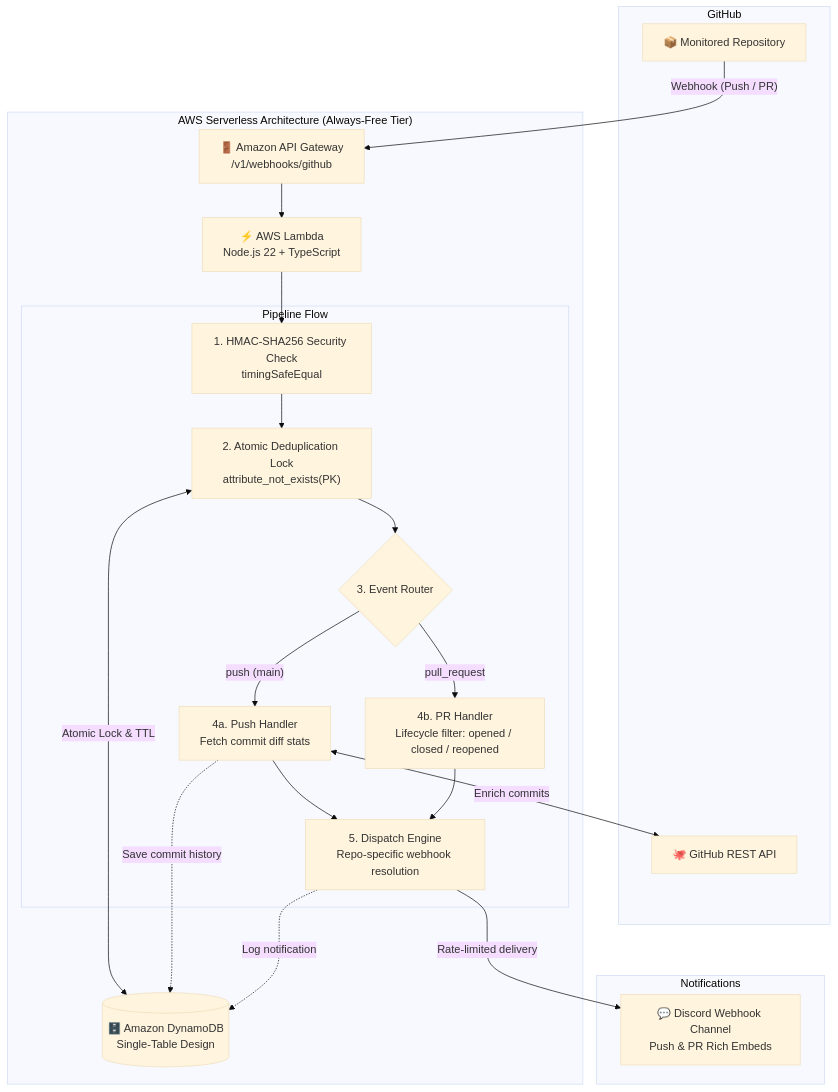
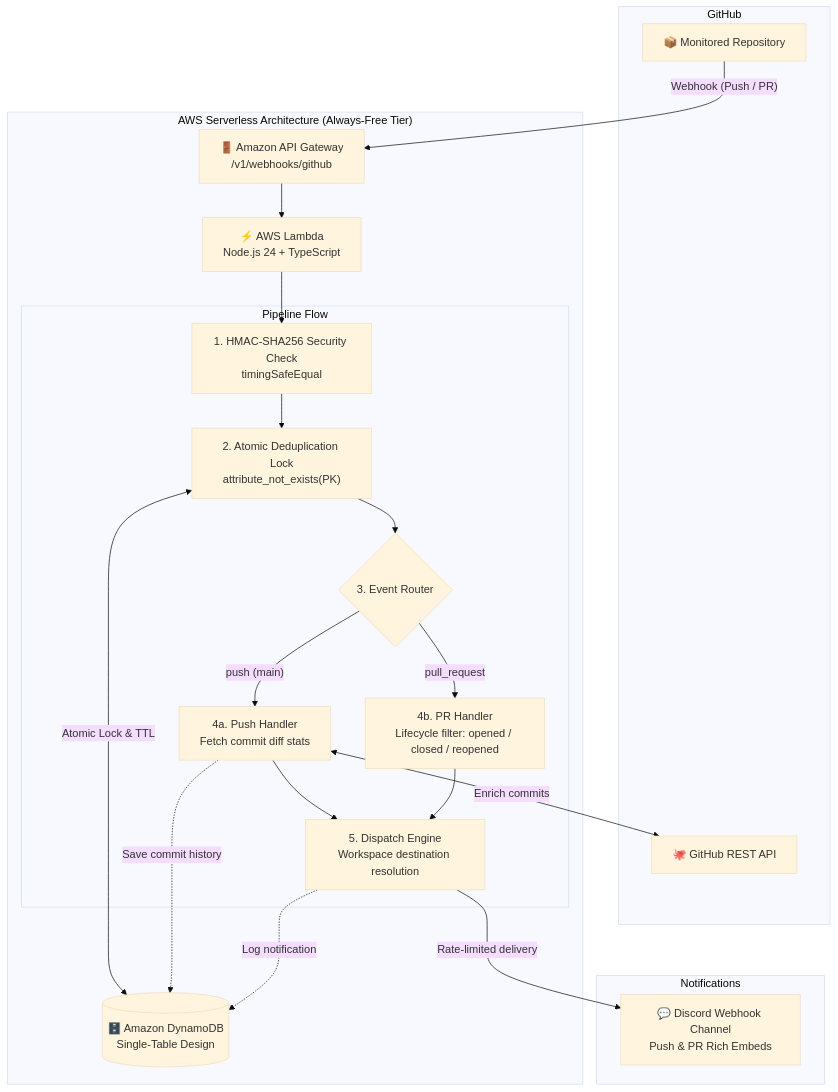
The diagram in README.md (BuggyPratiK/Syncro), drawn with Mermaid (base theme) before and after one commit. The commit also changed other lines of this file, not shown here.

````diff
--- a/README.md
+++ b/README.md
@@ -24,41 +24,41 @@
 ```mermaid
 flowchart TD
     subgraph GitHub["GitHub"]
         GH_REPO["📦 Monitored Repository"]
         OCTOKIT["🐙 GitHub REST API"]
     end
 
     subgraph AWS["AWS Serverless Architecture (Always-Free Tier)"]
         APIGW["🚪 Amazon API Gateway<br/>/v1/webhooks/github"]
-        LAMBDA["⚡ AWS Lambda<br/>Node.js 22 + TypeScript"]
+        LAMBDA["⚡ AWS Lambda<br/>Node.js 24 + TypeScript"]
         DDB[("🗄️ Amazon DynamoDB<br/>Single-Table Design")]
 
         subgraph Execution["Pipeline Flow"]
             SEC["1. HMAC-SHA256 Security Check<br/>timingSafeEqual"]
             DEDUP["2. Atomic Deduplication Lock<br/>attribute_not_exists(PK)"]
             ROUTER{"3. Event Router"}
             ENRICH["4a. Push Handler<br/>Fetch commit diff stats"]
             PR_FILTER["4b. PR Handler<br/>Lifecycle filter: opened / closed / reopened"]
-            DISPATCH["5. Dispatch Engine<br/>Repo-specific webhook resolution"]
+            DISPATCH["5. Dispatch Engine<br/>Workspace destination resolution"]
         end
     end
 
     subgraph Destination["Notifications"]
         DISCORD["💬 Discord Webhook Channel<br/>Push & PR Rich Embeds"]
     end
 
     GH_REPO -->|"Webhook (Push / PR)"| APIGW
     APIGW --> LAMBDA
     LAMBDA --> SEC
     SEC --> DEDUP
     DEDUP <-->|"Atomic Lock & TTL"| DDB
     DEDUP --> ROUTER
     ROUTER -->|"push (main)"| ENRICH
     ROUTER -->|"pull_request"| PR_FILTER
     ENRICH <-->|"Enrich commits"| OCTOKIT
     ENRICH -.->|"Save commit history"| DDB
     ENRICH --> DISPATCH
     PR_FILTER --> DISPATCH
     DISPATCH -.->|"Log notification"| DDB
     DISPATCH -->|"Rate-limited delivery"| DISCORD
 ```
````
